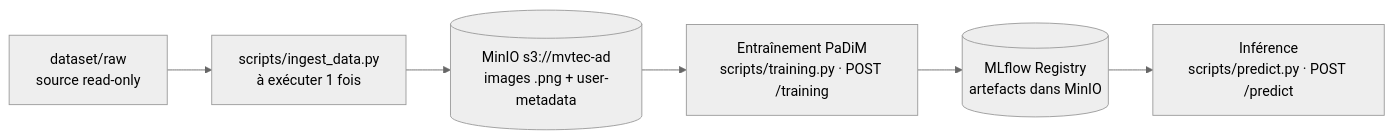
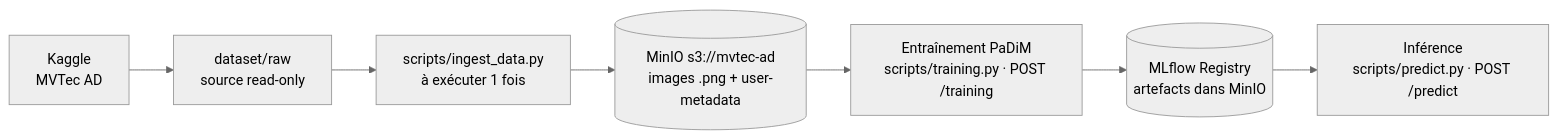
Before and after one commit to alexmckme/avr26_bmle_mlops_anomaliesindus_test: the diagram in README.md, drawn with Mermaid (neutral theme). The commit also changed other lines of this file and 3 other files, not shown here.

````diff
--- a/README.md
+++ b/README.md
@@ -25,8 +26,9 @@
 ```mermaid
 flowchart LR
-    A[dataset/raw<br/>source read-only] --> B[scripts/ingest_data.py<br/>à exécuter 1 fois]
+    K[Kaggle<br/>MVTec AD] --> A[dataset/raw<br/>source read-only]
+    A --> B[scripts/ingest_data.py<br/>à exécuter 1 fois]
     B --> C[(MinIO s3://mvtec-ad<br/>images .png + user-metadata)]
     C --> D[Entraînement PaDiM<br/>scripts/training.py · POST /training]
     D --> E[(MLflow Registry<br/>artefacts dans MinIO)]
     E --> F[Inférence<br/>scripts/predict.py · POST /predict]
 ```
````
